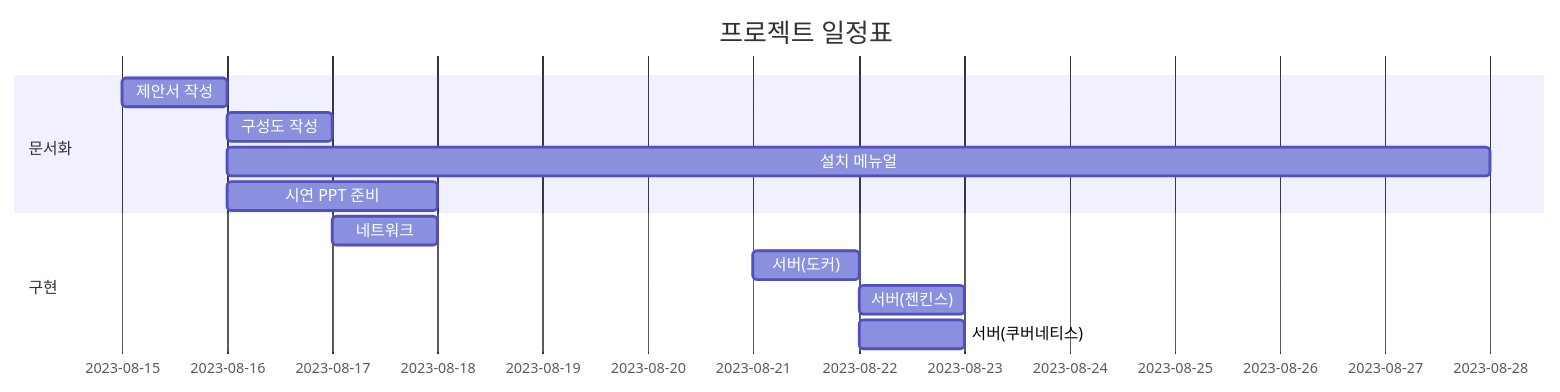
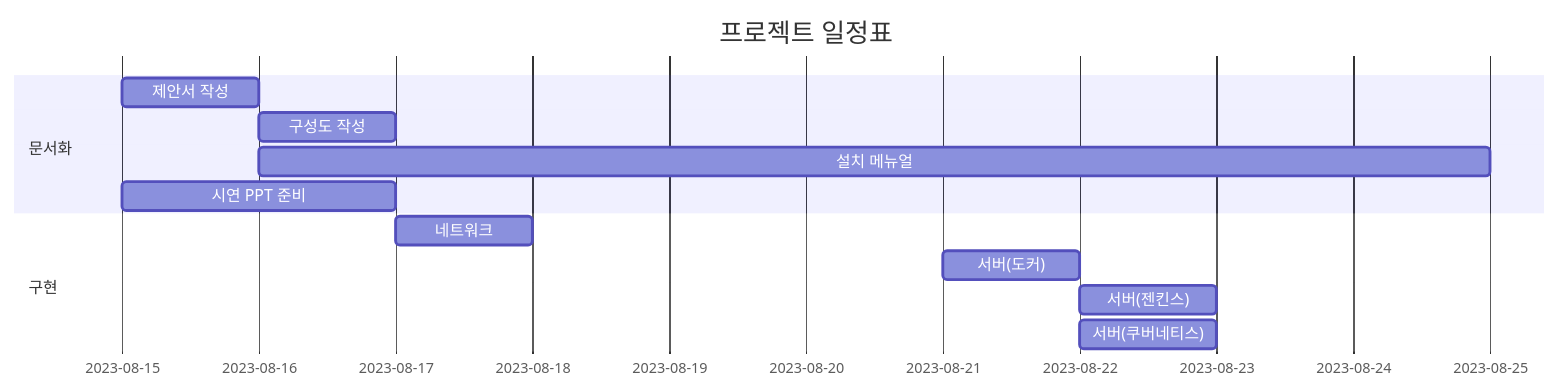
The diagram in README.md (KimJeongHoon190/First_Project), drawn with Mermaid before and after one commit.

````diff
--- a/README.md
+++ b/README.md
@@ -4,16 +4,16 @@
 ```mermaid
 gantt
     title 프로젝트 일정표
     dateFormat  YYYY-MM-DD
     section 문서화
     제안서 작성  : a1, 2023-08-15, 1d
     구성도 작성  : after a1, 1d
-    설치 메뉴얼 : after a1, 12d
-    시연 PPT 준비 : after a1, 2d
+    설치 메뉴얼 : after a1, 9d
+    시연 PPT 준비 : after a2, 2d
 
     section 구현
     네트워크     : b1, 2023-08-17, 1d
     서버(도커) : b2, 2023-08-21, 1d
     서버(젠킨스) :after b2 , 1d
     서버(쿠버네티스) : after b2, 1d
 ```
````
